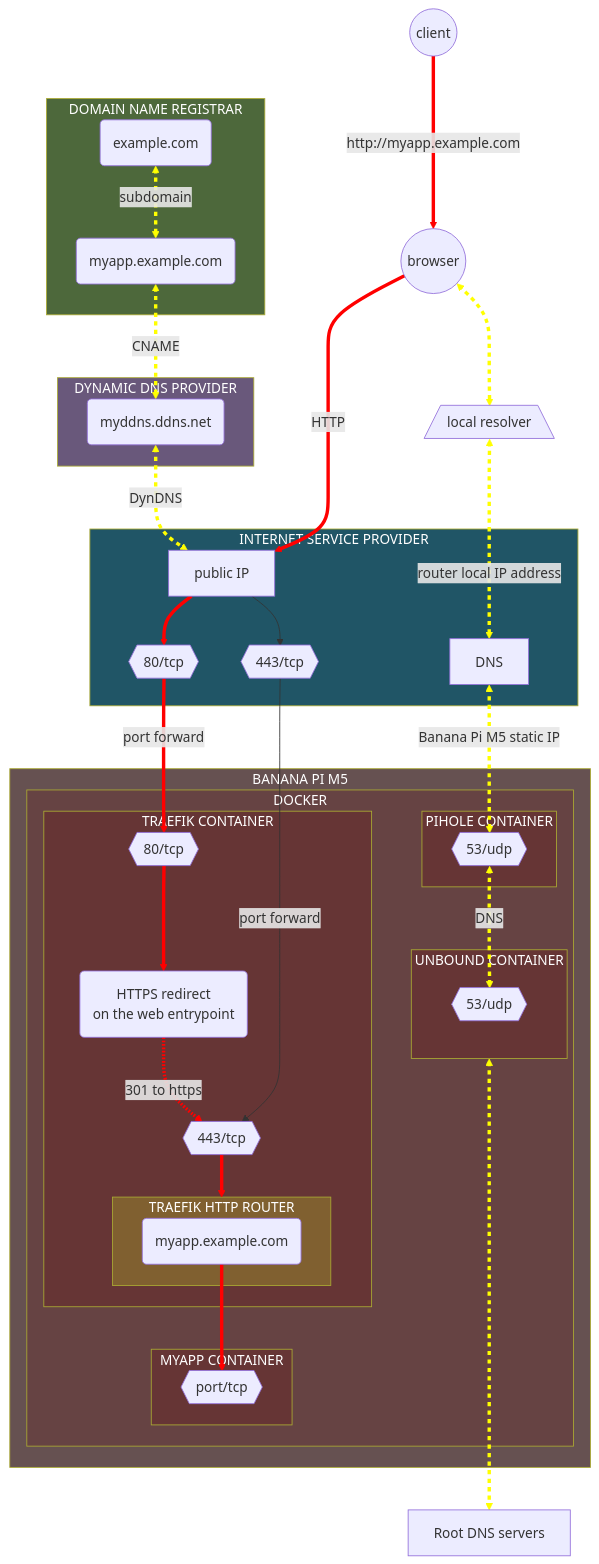
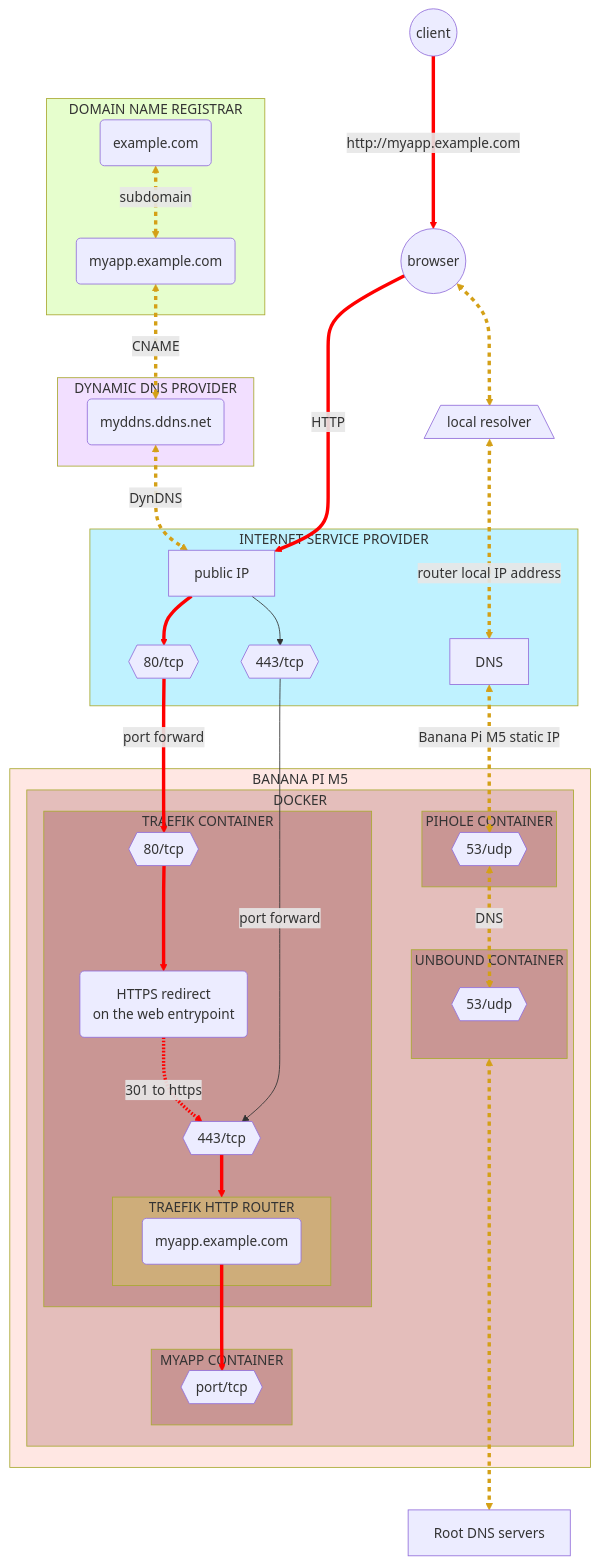
The seventh of 32 diagrams in README.md (Yann39/self-hosted-n100), drawn with Mermaid before and after one commit. The commit also changed other lines of this file and 1 other file, not shown here.

Commit message:
adapted diagrams so they display better in light mode

````diff
--- a/README.md
+++ b/README.md
@@ -2407,15 +2411,15 @@
 ```mermaid
 flowchart TB
-    style HOSTING_PROVIDER fill: #4d683b, color: #fff
-    style DDNS_PROVIDER fill: #69587b, color: #fff
-    style INTERNET_SERVICE_PROVIDER fill: #205566, color: #fff
-    style SINGLE_BOARD_COMPUTER fill: #665151, color: #fff
-    style CONTAINER_ENGINE fill: #664343, color: #fff
-    style TRAEFIK_CONTAINER fill: #663535, color: #fff
-    style PIHOLE_CONTAINER fill: #663535, color: #fff
-    style UNBOUND_CONTAINER fill: #663535, color: #fff
-    style MYAPP_CONTAINER fill: #663535, color: #fff
-    style TRAEFIK_ROUTER fill: #806030, color: #fff
+    style HOSTING_PROVIDER fill: #bbfd795e
+    style DDNS_PROVIDER fill: #e2b6ff6e
+    style INTERNET_SERVICE_PROVIDER fill: #45d8ff57
+    style SINGLE_BOARD_COMPUTER fill: #febfb45e
+    style CONTAINER_ENGINE fill: #6701022d
+    style TRAEFIK_CONTAINER fill: #66010136
+    style PIHOLE_CONTAINER fill: #66010136
+    style UNBOUND_CONTAINER fill: #66010136
+    style MYAPP_CONTAINER fill: #66010136
+    style TRAEFIK_ROUTER fill: #defc1e37
     DOMAIN(example.com)
     SUBDOMAIN_MYAPP(myapp.example.com)
     DDNS(myddns.ddns.net)
@@ -2496,18 +2500,18 @@
     UNBOUND_CONTAINER <-----> ROOT_DNS_SERVERS
     linkStyle 0 stroke-width: 4px, stroke: red
     linkStyle 1 stroke-width: 4px, stroke: red
-    linkStyle 2 stroke-width: 4px, stroke: yellow, stroke-dasharray: 5
-    linkStyle 3 stroke-width: 4px, stroke: yellow, stroke-dasharray: 5
-    linkStyle 4 stroke-width: 4px, stroke: yellow, stroke-dasharray: 5
+    linkStyle 2 stroke-width: 4px, stroke: #d4a017, stroke-dasharray: 5
+    linkStyle 3 stroke-width: 4px, stroke: #d4a017, stroke-dasharray: 5
+    linkStyle 4 stroke-width: 4px, stroke: #d4a017, stroke-dasharray: 5
     linkStyle 5 stroke-width: 4px, stroke: red
     linkStyle 8 stroke-width: 4px, stroke: red
     linkStyle 9 stroke-width: 4px, stroke: red
     linkStyle 10 stroke-width: 4px, stroke: red
     linkStyle 11 stroke-width: 4px, stroke: red
     linkStyle 12 stroke-width: 4px, stroke: red
-    linkStyle 13 stroke-width: 4px, stroke: yellow, stroke-dasharray: 5
-    linkStyle 14 stroke-width: 4px, stroke: yellow, stroke-dasharray: 5
-    linkStyle 15 stroke-width: 4px, stroke: yellow, stroke-dasharray: 5
-    linkStyle 16 stroke-width: 4px, stroke: yellow, stroke-dasharray: 5
-    linkStyle 17 stroke-width: 4px, stroke: yellow, stroke-dasharray: 5
+    linkStyle 13 stroke-width: 4px, stroke: #d4a017, stroke-dasharray: 5
+    linkStyle 14 stroke-width: 4px, stroke: #d4a017, stroke-dasharray: 5
+    linkStyle 15 stroke-width: 4px, stroke: #d4a017, stroke-dasharray: 5
+    linkStyle 16 stroke-width: 4px, stroke: #d4a017, stroke-dasharray: 5
+    linkStyle 17 stroke-width: 4px, stroke: #d4a017, stroke-dasharray: 5
 ```
````
